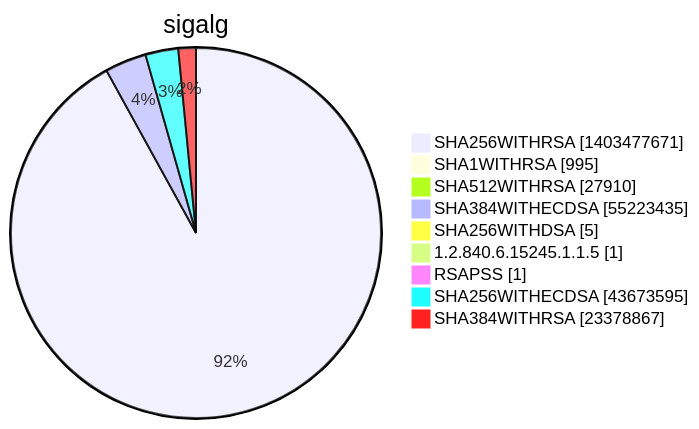
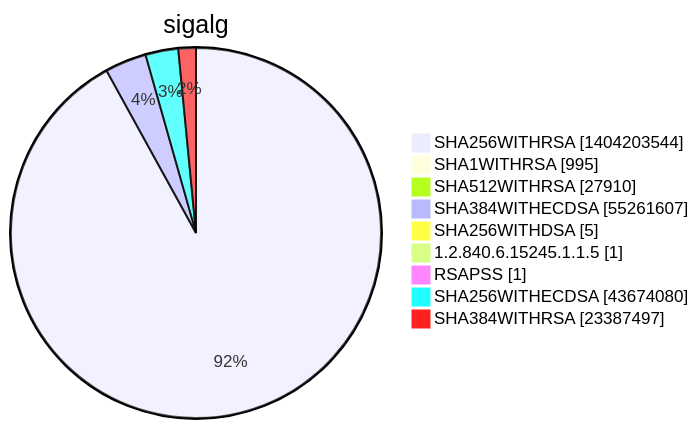
Before and after one commit to christiankrug/ctmonitor_visualization: diagram 15 of 15 in xenon2022/README.md, drawn with Mermaid. The commit also changed other lines of this file, not shown here.

````diff
--- a/xenon2022/README.md
+++ b/xenon2022/README.md
@@ -5856,13 +5856,13 @@
 ```mermaid
 pie showData
 title sigalg
-"SHA256WITHRSA" :1403477671
+"SHA256WITHRSA" :1404203544
 "SHA1WITHRSA" :995
 "SHA512WITHRSA" :27910
-"SHA384WITHECDSA" :55223435
+"SHA384WITHECDSA" :55261607
 "SHA256WITHDSA" :5
 "1.2.840.6.15245.1.1.5" :1
 "RSAPSS" :1
-"SHA256WITHECDSA" :43673595
-"SHA384WITHRSA" :23378867
+"SHA256WITHECDSA" :43674080
+"SHA384WITHRSA" :23387497
 ```
````
